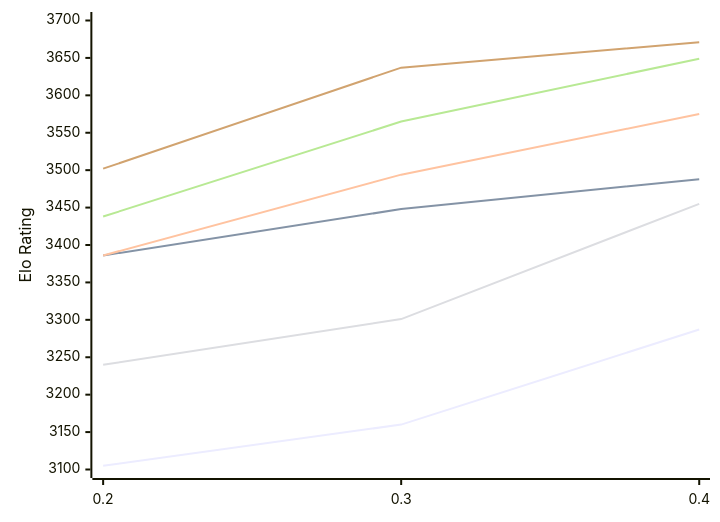
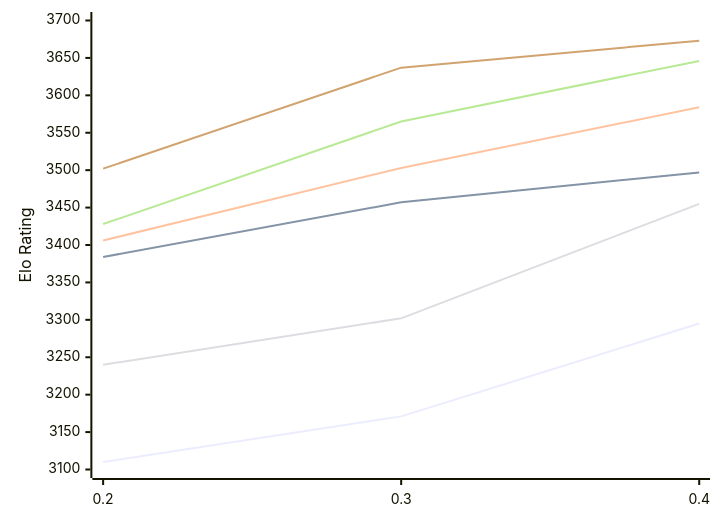
One commit to computer-chess-index/cci changed the diagram in engines/StockDory.md. Above: the diagram before and after it, drawn with Mermaid. The commit also changed other lines of this file, not shown here.

Commit message:
Update CCI Ratings (ELO VLTC) - 2026-11-07

````diff
--- a/engines/StockDory.md
+++ b/engines/StockDory.md
@@ -51,12 +51,12 @@
 ```mermaid
 %%{init: {"theme":"base","themeVariables":{"seriesColors:['#a3a3a3','#222221','#faa371']}}}%%
 xychart-beta
   x-axis ["0.2", "0.3", "0.4"]
   y-axis "Elo Rating" 3100 --> 3700
-  line "E1: STC (8.0+0.08s)" [3105, 3160, 3287]
-  line "E1: LTC (60.0+0.60s)" [3386, 3448, 3488]
-  line "E1: VLTC (2m24s+1.12s)" [3386, 3494, 3575]
-  line "P1: STC (8.0+0.08s)" [3240, 3301, 3455]
-  line "P1: LTC (60.0+0.60s)" [3438, 3565, 3649]
-  line "P1: VLTC (2m24s+1.12s)" [3502, 3637, 3671]
+  line "E1: STC (8.0+0.08s)" [3110, 3171, 3295]
+  line "E1: LTC (60.0+0.60s)" [3384, 3457, 3497]
+  line "E1: VLTC (2m24s+1.12s)" [3406, 3503, 3584]
+  line "P1: STC (8.0+0.08s)" [3240, 3302, 3455]
+  line "P1: LTC (60.0+0.60s)" [3428, 3565, 3646]
+  line "P1: VLTC (2m24s+1.12s)" [3502, 3637, 3673]
 ```
````
